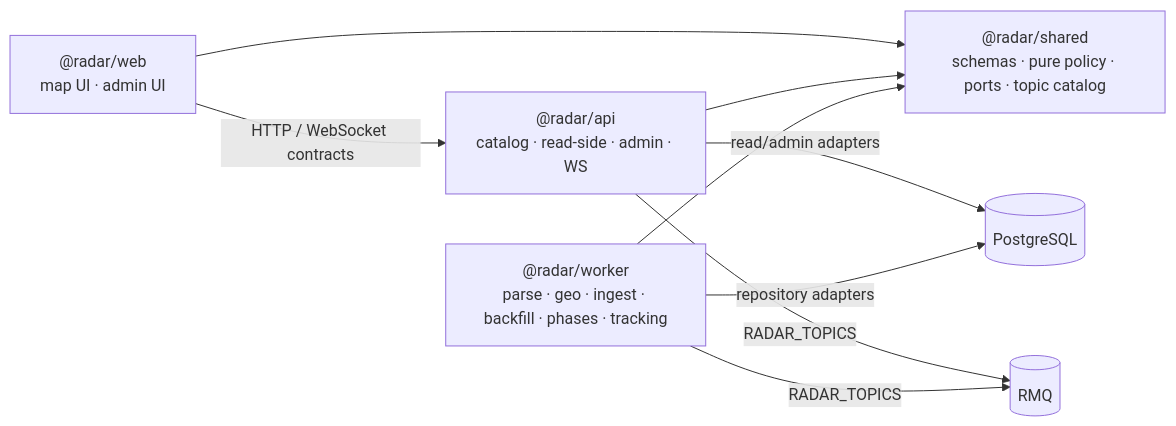
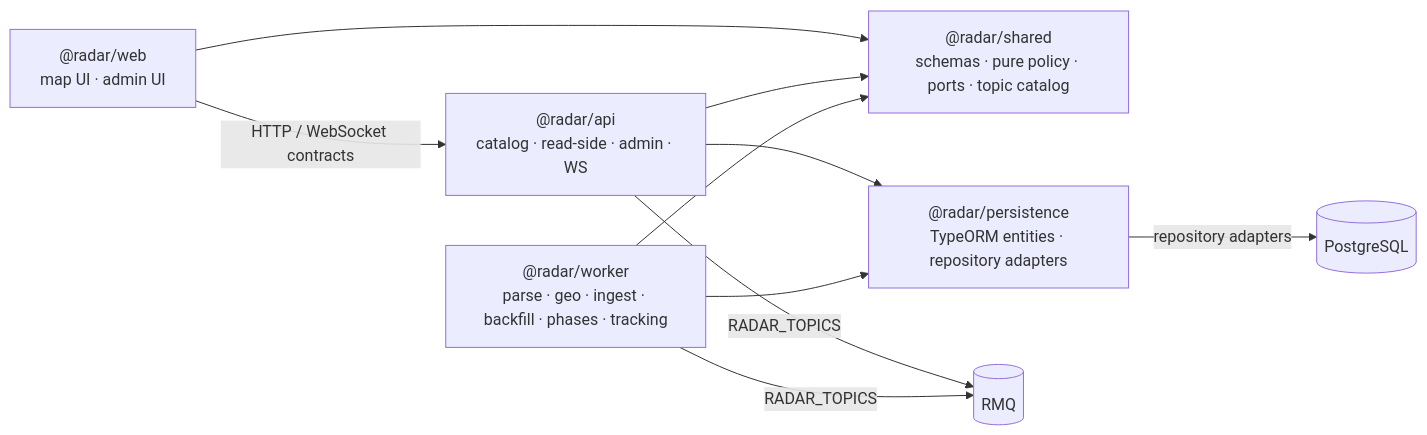
One commit to exclusiveLogin/radar changed the diagram in docs/architecture/domain-inventory.md. Above: the diagram before and after it, drawn with Mermaid. The commit also changed other lines of this file and 247 other files, not shown here.

````diff
--- a/docs/architecture/domain-inventory.md
+++ b/docs/architecture/domain-inventory.md
@@ -23,18 +24,20 @@
 ```mermaid
 flowchart LR
   Shared["@radar/shared<br/>schemas · pure policy · ports · topic catalog"]
+  Persistence["@radar/persistence<br/>TypeORM entities · repository adapters"]
   Worker["@radar/worker<br/>parse · geo · ingest · backfill · phases · tracking"]
   Api["@radar/api<br/>catalog · read-side · admin · WS"]
   Web["@radar/web<br/>map UI · admin UI"]
   Db[(PostgreSQL)]
   Rmq[(RMQ)]
 
   Worker --> Shared
   Api --> Shared
   Web --> Shared
-  Worker -->|repository adapters| Db
-  Api -->|read/admin adapters| Db
+  Worker --> Persistence
+  Api --> Persistence
+  Persistence -->|repository adapters| Db
   Worker -->|RADAR_TOPICS| Rmq
   Api -->|RADAR_TOPICS| Rmq
   Web -->|HTTP / WebSocket contracts| Api
 ```
````
